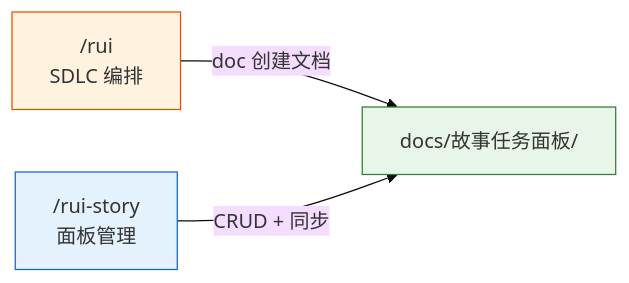
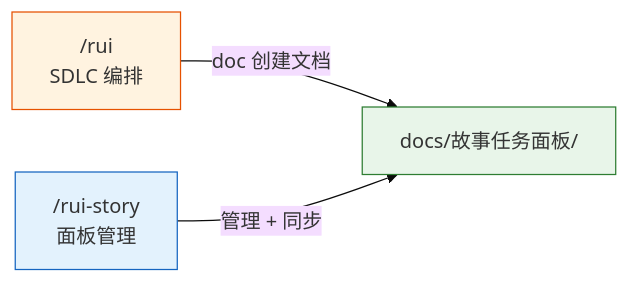
One commit to effiy/YrY changed diagram 12 of 12 in skills/rui-story/SKILL.md. Above: the diagram before and after it, drawn with Mermaid (base theme). The commit also changed other lines of this file and 6 other files, not shown here.

````diff
--- a/skills/rui-story/SKILL.md
+++ b/skills/rui-story/SKILL.md
@@ -331,9 +304,9 @@
 ```mermaid
 flowchart LR
     RUI["/rui<br/>SDLC 编排"]:::rui -->|"doc 创建文档"| PANEL["docs/故事任务面板/"]:::panel
-    RS["/rui-story<br/>面板管理"]:::story -->|"CRUD + 同步"| PANEL
+    RS["/rui-story<br/>面板管理"]:::story -->|"管理 + 同步"| PANEL
 
     classDef rui fill:#fff3e0,stroke:#e65100;
     classDef story fill:#e3f2fd,stroke:#1565c0;
     classDef panel fill:#e8f5e9,stroke:#2e7d32;
 ```
````
